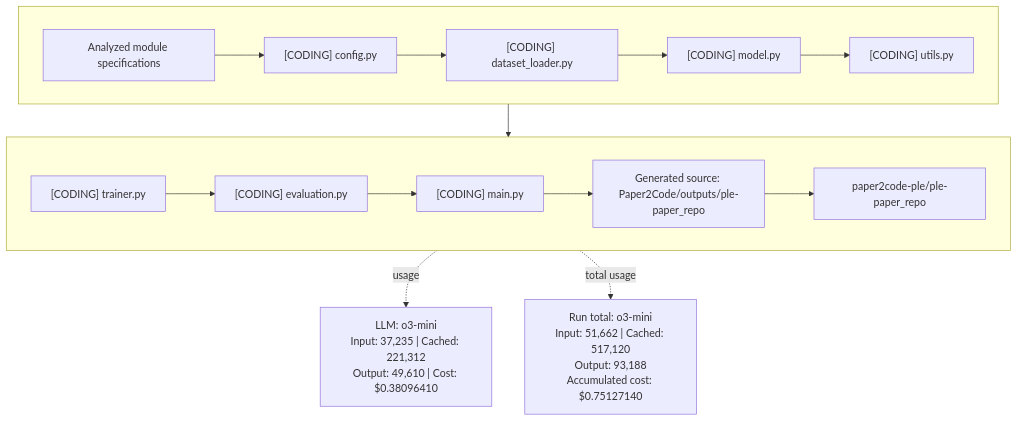
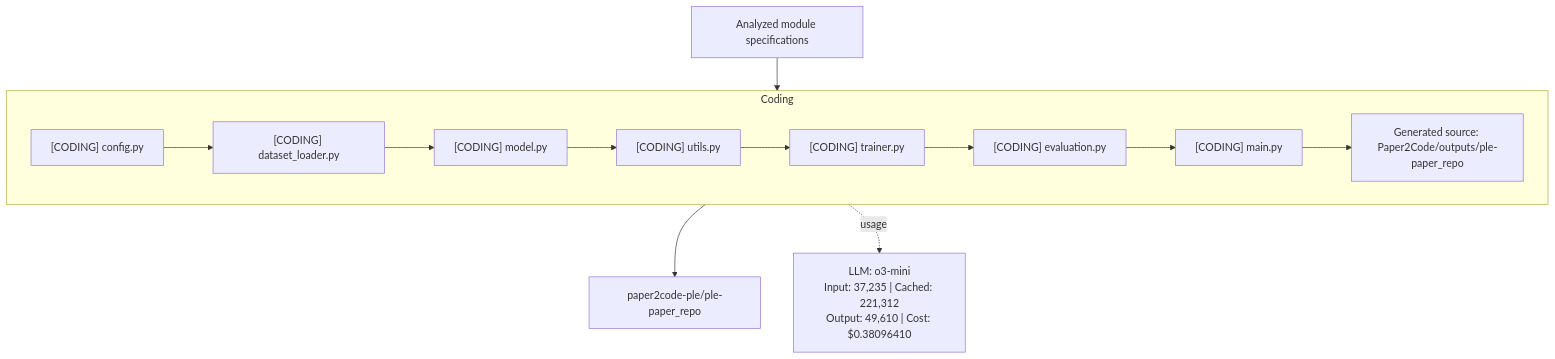
Before and after one commit to jimthompson5802/paper2code-ple: the fourth of 6 diagrams in README.md, drawn with Mermaid. The commit also changed other lines of this file, not shown here.

Commit message:
Refactor analysis and coding flowcharts in README.md for improved clarity and structure

````diff
--- a/README.md
+++ b/README.md
@@ -117,16 +118,16 @@
 ```mermaid
 flowchart TB
-  subgraph coding_top[" "]
+  input[Analyzed module specifications]
+  subgraph coding["Coding"]
+    cfg["[CODING] config.py"] --> loader["[CODING] dataset_loader.py"] --> model["[CODING] model.py"] --> utils["[CODING] utils.py"]
     direction LR
-    input[Analyzed module specifications] --> cfg["[CODING] config.py"] --> loader["[CODING] dataset_loader.py"] --> model["[CODING] model.py"] --> utils["[CODING] utils.py"]
+    trainer["[CODING] trainer.py"] --> evaluation["[CODING] evaluation.py"] --> main["[CODING] main.py"] --> generated[Generated source: Paper2Code/outputs/ple-paper_repo]
+    utils --> trainer
   end
-  subgraph coding_bottom[" "]
-    direction LR
-    trainer["[CODING] trainer.py"] --> evaluation["[CODING] evaluation.py"] --> main["[CODING] main.py"] --> generated[Generated source: Paper2Code/outputs/ple-paper_repo] --> implementation[paper2code-ple/ple-paper_repo]
-  end
-  utils --> trainer
+  implementation[paper2code-ple/ple-paper_repo]
+
+  input --> cfg
+  generated --> implementation
   coding_usage["LLM: o3-mini<br/>Input: 37,235 | Cached: 221,312<br/>Output: 49,610 | Cost: $0.38096410"]
-  main -. usage .-> coding_usage
-  total_usage["Run total: o3-mini<br/>Input: 51,662 | Cached: 517,120<br/>Output: 93,188<br/>Accumulated cost: $0.75127140"]
-  generated -. total usage .-> total_usage
+  coding -. usage .-> coding_usage
 ```
````
